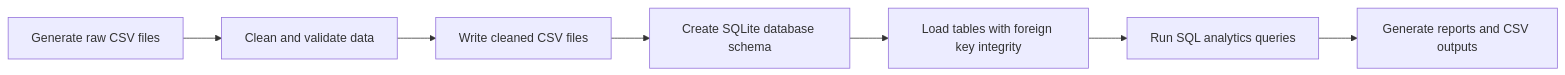
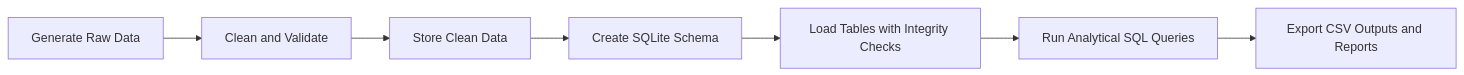
The diagram in Assignment8/README.md (kashishchadha/CelebalAssignments), drawn with Mermaid before and after one commit. The commit also changed other lines of this file, not shown here.

````diff
--- a/Assignment8/README.md
+++ b/Assignment8/README.md
@@ -45,9 +40,9 @@
 ```mermaid
 flowchart LR
-    A[Generate raw CSV files] --> B[Clean and validate data]
-    B --> C[Write cleaned CSV files]
-    C --> D[Create SQLite database schema]
-    D --> E[Load tables with foreign key integrity]
-    E --> F[Run SQL analytics queries]
-    F --> G[Generate reports and CSV outputs]
+    A[Generate Raw Data] --> B[Clean and Validate]
+    B --> C[Store Clean Data]
+    C --> D[Create SQLite Schema]
+    D --> E[Load Tables with Integrity Checks]
+    E --> F[Run Analytical SQL Queries]
+    F --> G[Export CSV Outputs and Reports]
 ```
````
